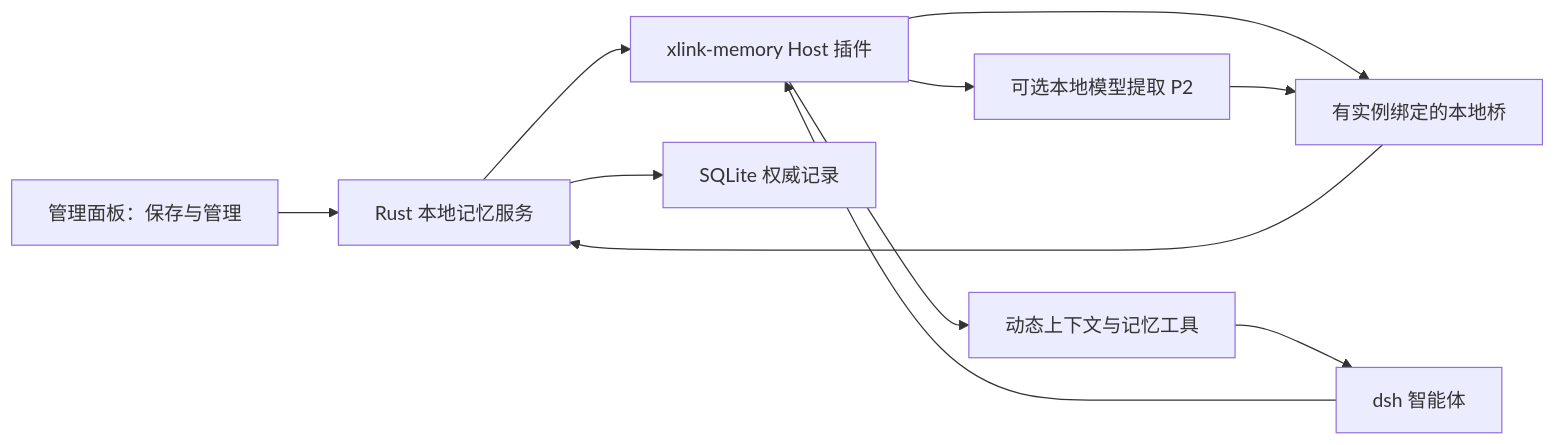
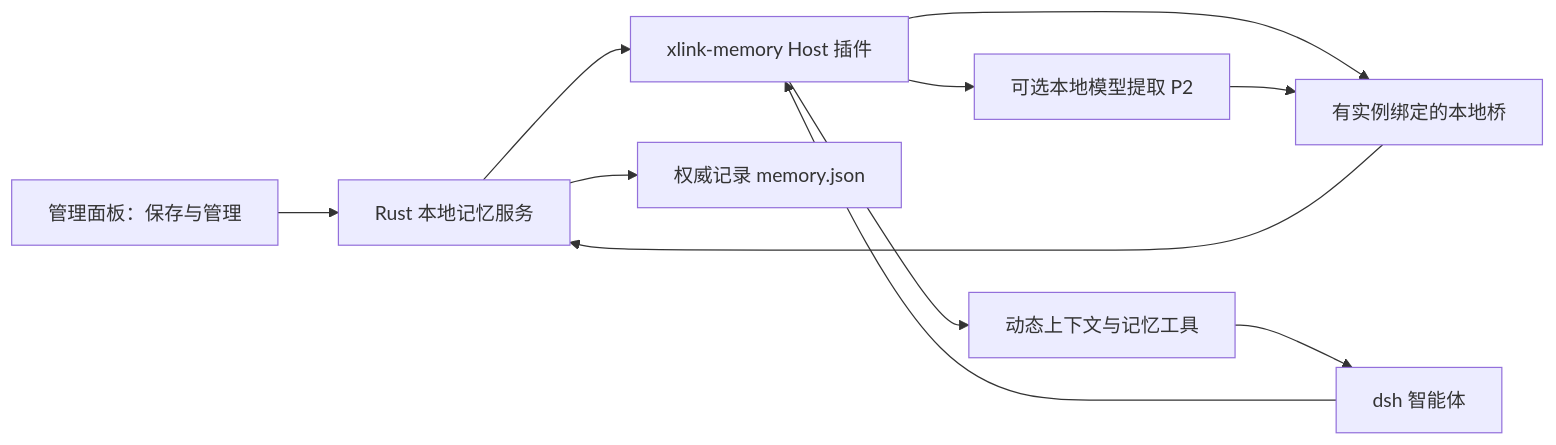
The diagram in docs/features/memory/dsh-xlink-memory-design.md (July-X/dsh-xlink), drawn with Mermaid before and after one commit. The commit also changed other lines of this file and 9 other files, not shown here.

````diff
--- a/docs/features/memory/dsh-xlink-memory-design.md
+++ b/docs/features/memory/dsh-xlink-memory-design.md
@@ -87,13 +87,13 @@
 ```mermaid
 flowchart LR
     U[管理面板：保存与管理] --> R[Rust 本地记忆服务]
     A[dsh 智能体] --> P[xlink-memory Host 插件]
     P --> B[有实例绑定的本地桥]
     B --> R
-    R --> DB[SQLite 权威记录]
+    R --> DB[权威记录 memory.json]
     R --> P
     P --> C[动态上下文与记忆工具]
     C --> A
     P --> Q[可选本地模型提取 P2]
     Q --> B
 ```
````
